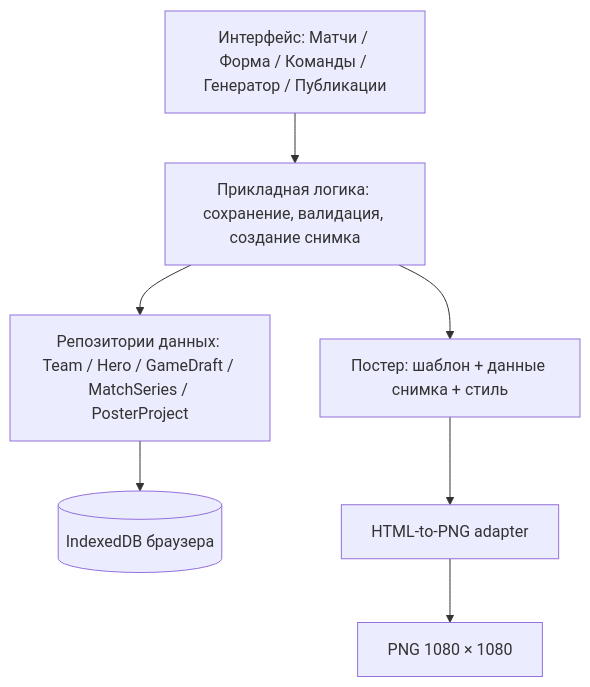
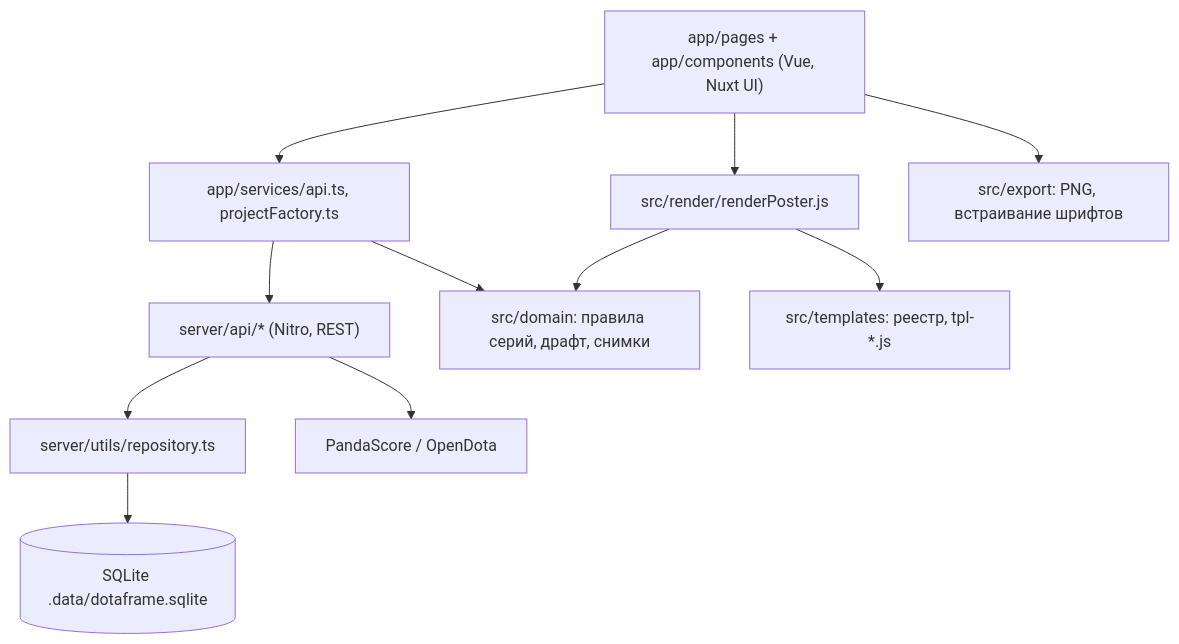
The diagram in docs/architecture/system-overview.md (qroka/DotaFrame), drawn with Mermaid before and after one commit. The commit also changed other lines of this file and 8 other files, not shown here.

First line of the commit message:
docs: describe Nuxt + SQLite architecture, archive IndexedDB-era docs

````diff
--- a/docs/architecture/system-overview.md
+++ b/docs/architecture/system-overview.md
@@ -24,16 +18,20 @@
 ```mermaid
 flowchart TD
-    UI["Интерфейс: Матчи / Форма / Команды / Генератор / Публикации"]
-    USE["Прикладная логика: сохранение, валидация, создание снимка"]
-    STORE["Репозитории данных: Team / Hero / GameDraft / MatchSeries / PosterProject"]
-    DB[("IndexedDB браузера")]
-    RENDER["Постер: шаблон + данные снимка + стиль"]
-    EXPORT["HTML-to-PNG adapter"]
-    FILE["PNG 1080 × 1080"]
-    UI --> USE
-    USE --> STORE
-    STORE --> DB
-    USE --> RENDER
-    RENDER --> EXPORT
-    EXPORT --> FILE
+    UI["app/pages + app/components (Vue, Nuxt UI)"]
+    SVC["app/services/api.ts, projectFactory.ts"]
+    API["server/api/* (Nitro, REST)"]
+    REPO["server/utils/repository.ts"]
+    DB[("SQLite .data/dotaframe.sqlite")]
+    DOM["src/domain: правила серий, драфт, снимки"]
+    TPL["src/templates: реестр, tpl-*.js"]
+    REN["src/render/renderPoster.js"]
+    EXP["src/export: PNG, встраивание шрифтов"]
+    EXT["PandaScore / OpenDota"]
+    UI --> SVC --> API --> REPO --> DB
+    API --> EXT
+    SVC --> DOM
+    UI --> REN
+    REN --> TPL
+    REN --> DOM
+    UI --> EXP
 ```
````
